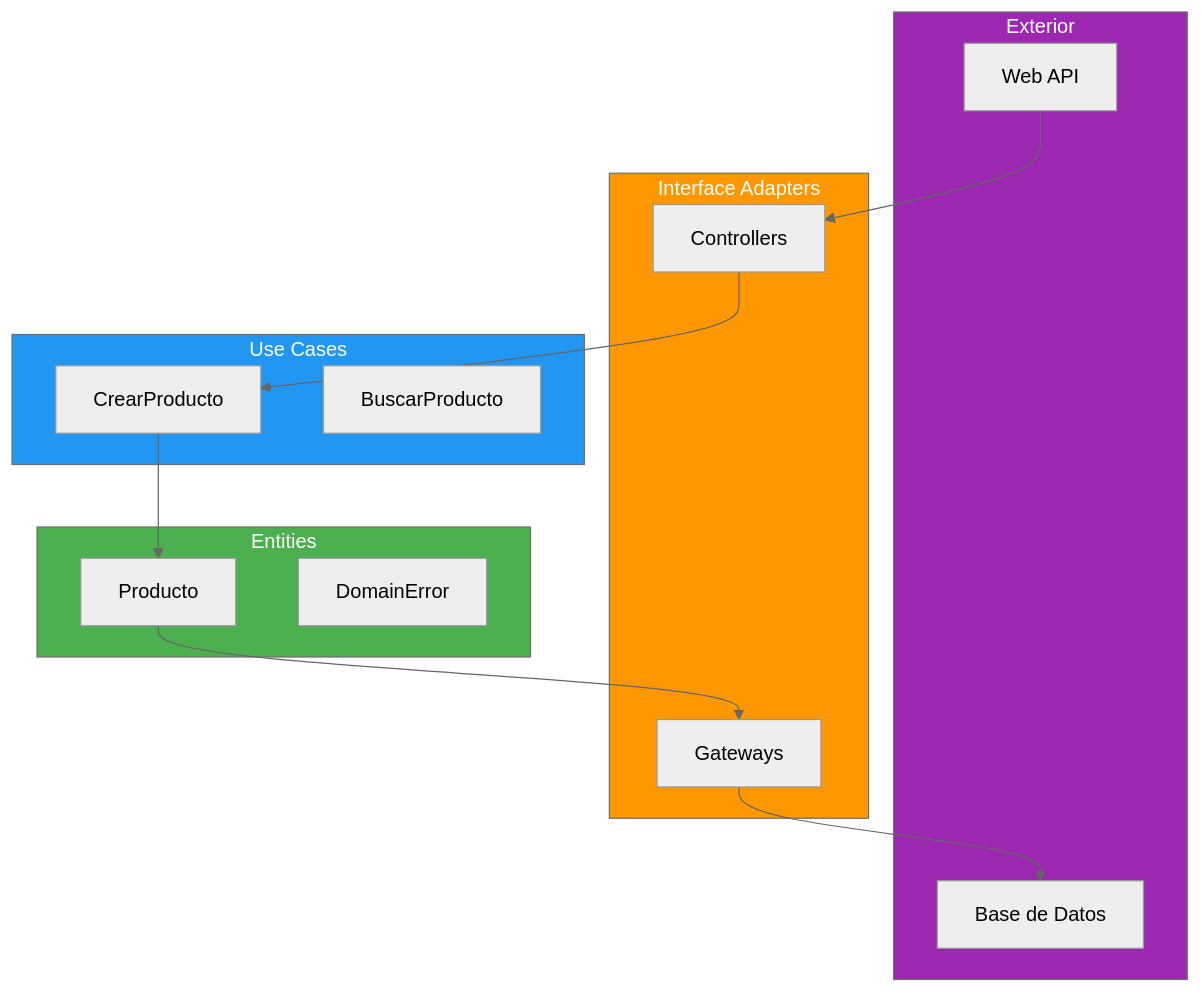
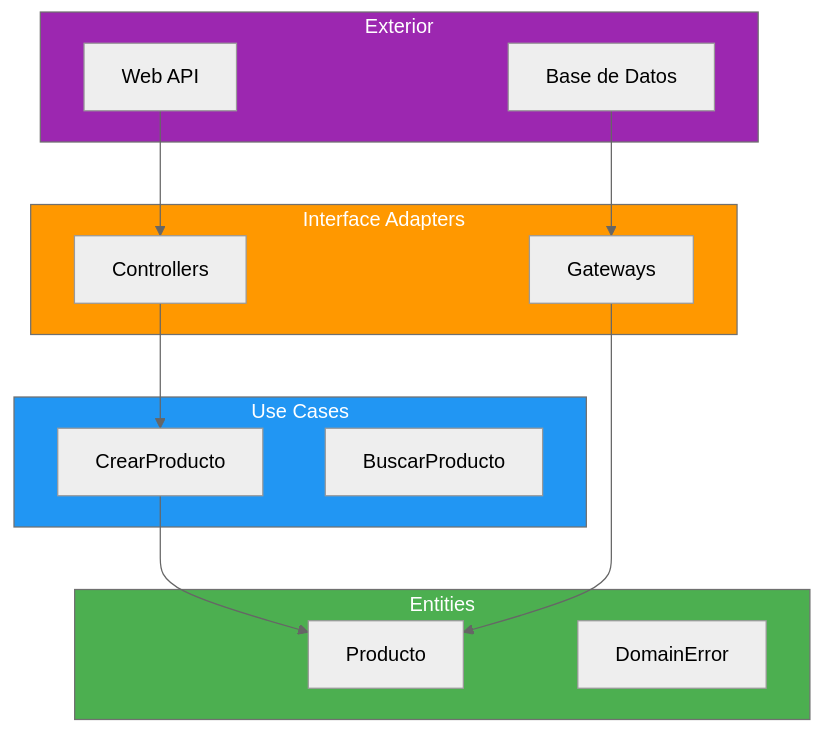
Before and after one commit to joseluisgs/DesarrolloWebEntornosServidor-02-2026-2027: the third of 6 diagrams in 11-clean-architecture.md, drawn with Mermaid (neutral theme). The commit also changed other lines of this file and 33 other files, not shown here.

````diff
--- a/11-clean-architecture.md
+++ b/11-clean-architecture.md
@@ -239,33 +239,33 @@
 ```mermaid
 flowchart TB
     subgraph EXTERIOR["Exterior"]
         WEB["Web API"]
         DB["Base de Datos"]
     end
 
     subgraph ADAPTERS["Interface Adapters"]
         CTRL["Controllers"]
         GW["Gateways"]
     end
 
     subgraph USECASES["Use Cases"]
         UC1["CrearProducto"]
         UC2["BuscarProducto"]
     end
 
     subgraph ENTITIES["Entities"]
         ENT1["Producto"]
         ENT2["DomainError"]
     end
 
     WEB --> CTRL
     CTRL --> UC1
     UC1 --> ENT1
-    ENT1 --> GW
-    GW --> DB
+    GW --> ENT1
+    DB --> GW
 
     style ENTITIES fill:#4CAF50,color:#fff
     style USECASES fill:#2196F3,color:#fff
     style ADAPTERS fill:#FF9800,color:#fff
     style EXTERIOR fill:#9C27B0,color:#fff
 ```
````
